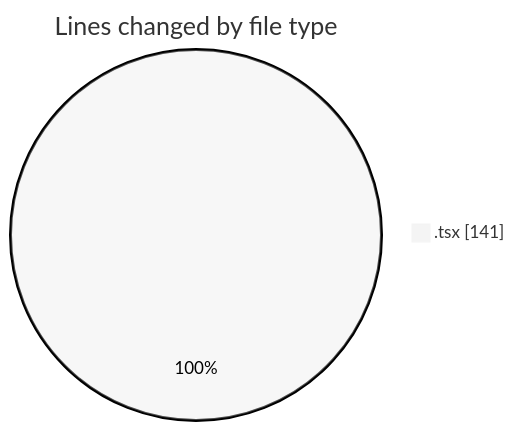
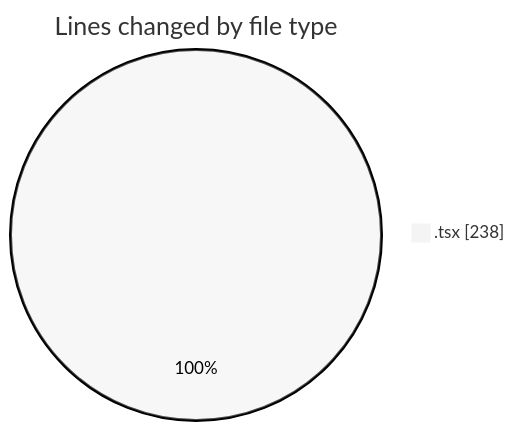
Before and after one commit to nxtqubesakshisongat/code-tracking: the first of 2 diagrams in 2026-08-09/nxtqube_webapp/README.md, drawn with Mermaid (neutral theme). The commit also changed other lines of this file and 1 other file, not shown here.

````diff
--- a/2026-08-09/nxtqube_webapp/README.md
+++ b/2026-08-09/nxtqube_webapp/README.md
@@ -20,5 +21,5 @@
 ```mermaid
 pie showData
 title Lines changed by file type
-".tsx" : 141
+".tsx" : 238
 ```
````
